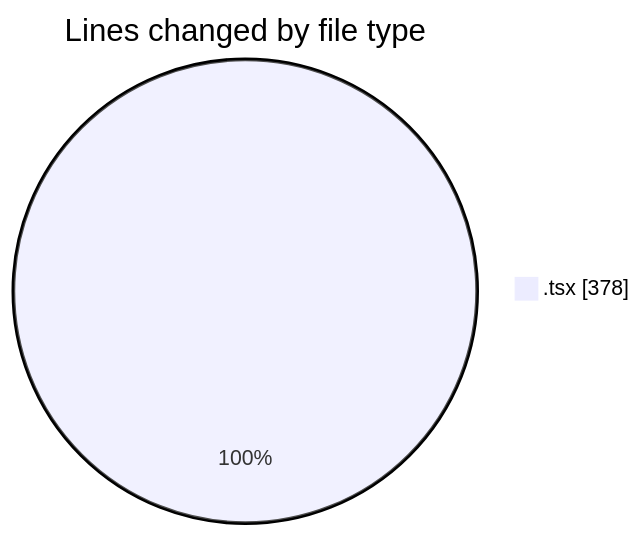
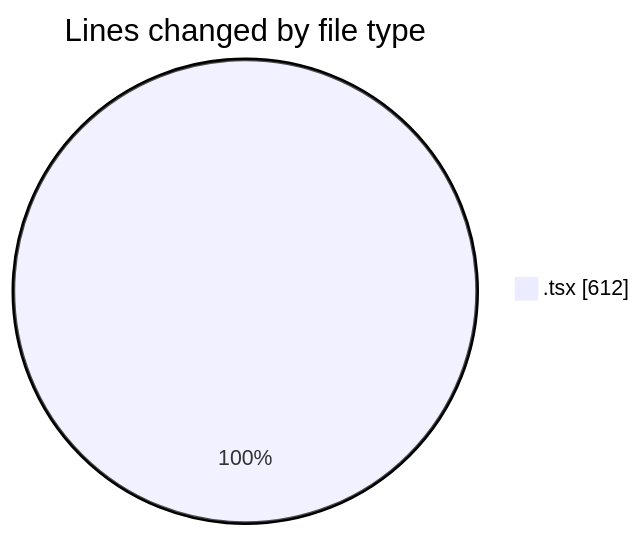
One commit to robertbonfada/code-tracking changed the first of 2 diagrams in 2025-01-22/termonied-web/README.md. Above: the diagram before and after it, drawn with Mermaid. The commit also changed other lines of this file and 1 other file, not shown here.

````diff
--- a/2025-01-22/termonied-web/README.md
+++ b/2025-01-22/termonied-web/README.md
@@ -20,5 +21,5 @@
 ```mermaid
 pie showData
 title Lines changed by file type
-".tsx" : 378
+".tsx" : 612
 ```
````
